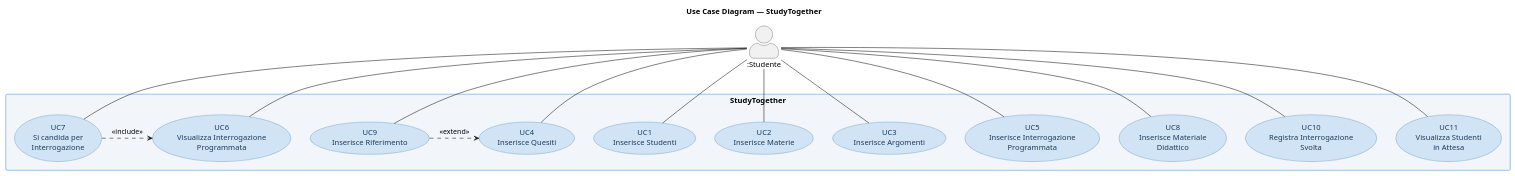
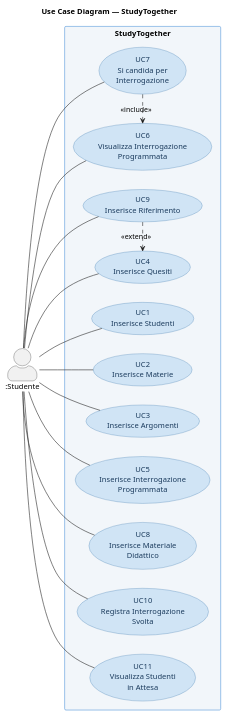
Before and after one commit to gionatamassibenincasa/study-together: the first of 8 diagrams in srs.adoc, drawn with PlantUML. The commit also changed other lines of this file and 17 other files, not shown here.

```diff
--- a/srs.adoc
+++ b/srs.adoc
@@ -172,49 +172,50 @@
 [plantuml, usecase-diagram, svg]
 ....
 @startuml
 skinparam actorStyle awesome
 skinparam usecase {
   BackgroundColor #D0E4F5
   BorderColor #2E6DA4
   FontColor #1A3A5C
 }
 skinparam rectangle {
   BackgroundColor #F2F6FA
   BorderColor #4A90D9
 }
+left to right direction
 
 title Use Case Diagram — StudyTogether
 
 actor ":Studente" as S
 
 rectangle "StudyTogether" {
   usecase "UC1\nInserisce Studenti"          as UC1
   usecase "UC2\nInserisce Materie"           as UC2
   usecase "UC3\nInserisce Argomenti"         as UC3
   usecase "UC4\nInserisce Quesiti"           as UC4
   usecase "UC5\nInserisce Interrogazione\nProgrammata" as UC5
   usecase "UC6\nVisualizza Interrogazione\nProgrammata" as UC6
   usecase "UC7\nSi candida per\nInterrogazione" as UC7
   usecase "UC8\nInserisce Materiale\nDidattico" as UC8
   usecase "UC9\nInserisce Riferimento"       as UC9
   usecase "UC10\nRegistra Interrogazione\nSvolta" as UC10
   usecase "UC11\nVisualizza Studenti\nin Attesa" as UC11
 }
 
 S -- UC1
 S -- UC2
 S -- UC3
 S -- UC4
 S -- UC5
 S -- UC6
 S -- UC7
 S -- UC8
 S -- UC9
 S -- UC10
 S -- UC11
 
 UC7 .> UC6 : <<include>>
 UC9 .> UC4 : <<extend>>
 
 @enduml
 ....
```
